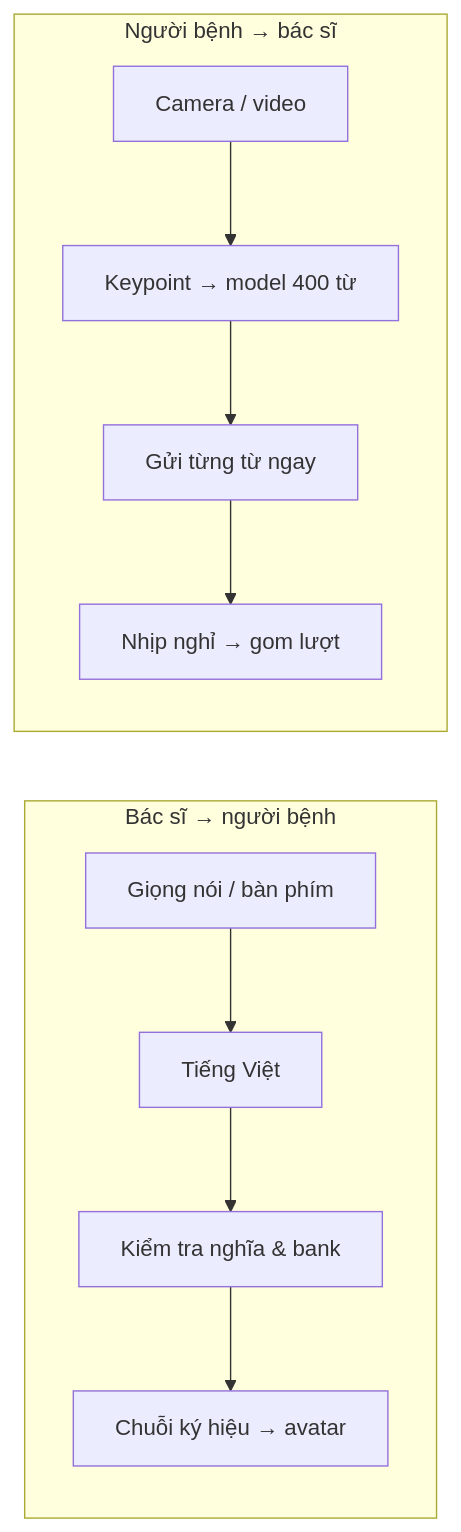
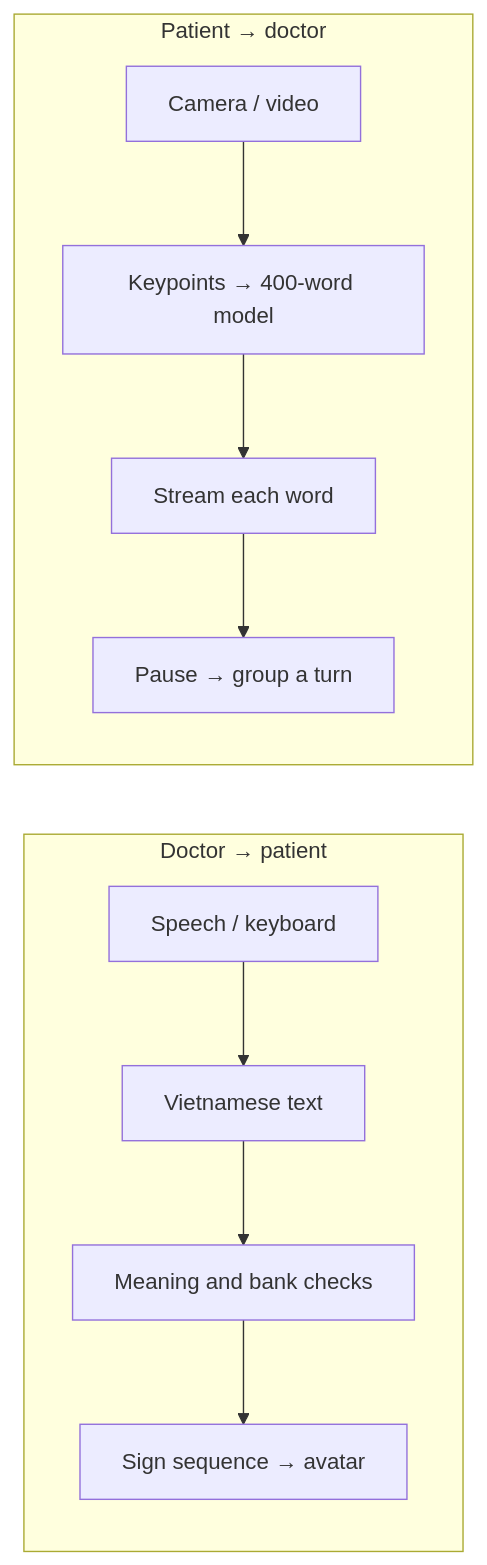
Before and after one commit to ntthienphuc/vsl-clinic-desktop: the diagram in README.md, drawn with Mermaid. The commit also changed other lines of this file and 10 other files, not shown here.

````diff
--- a/README.md
+++ b/README.md
@@ -100,13 +100,13 @@
 ```mermaid
 flowchart LR
-    subgraph doctor["Bác sĩ → người bệnh"]
-        A["Giọng nói / bàn phím"] --> B["Tiếng Việt"]
-        B --> C["Kiểm tra nghĩa & bank"]
-        C --> D["Chuỗi ký hiệu → avatar"]
+    subgraph doctor["Doctor → patient"]
+        A["Speech / keyboard"] --> B["Vietnamese text"]
+        B --> C["Meaning and bank checks"]
+        C --> D["Sign sequence → avatar"]
     end
-    subgraph patient["Người bệnh → bác sĩ"]
-        E["Camera / video"] --> F["Keypoint → model 400 từ"]
-        F --> G["Gửi từng từ ngay"]
-        G --> H["Nhịp nghỉ → gom lượt"]
+    subgraph patient["Patient → doctor"]
+        E["Camera / video"] --> F["Keypoints → 400-word model"]
+        F --> G["Stream each word"]
+        G --> H["Pause → group a turn"]
     end
 ```
````
